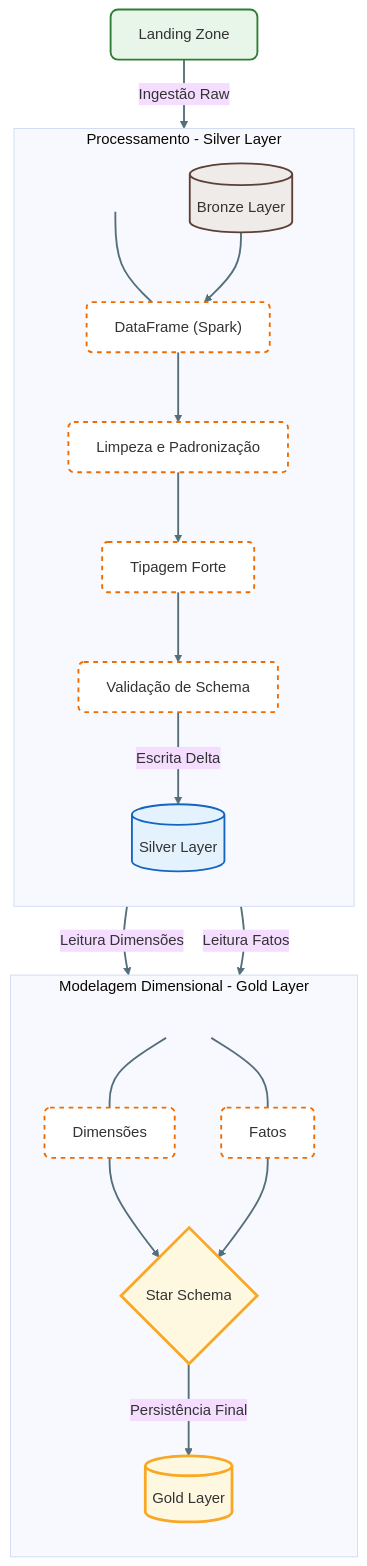
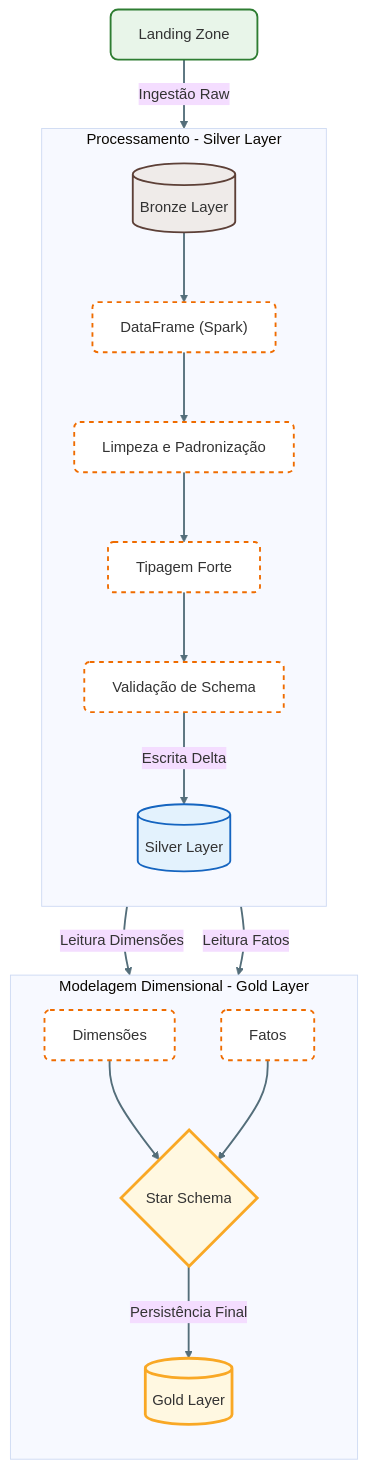
One commit to devdiasbr/databricks-challenge changed the second of 2 diagrams in docs/manual/04_arquitetura_detalhada.md. Above: the diagram before and after it, drawn with Mermaid (base theme).

Commit message:
docs: ajustes manuais finais no diagrama de arquitetura

````diff
--- a/docs/manual/04_arquitetura_detalhada.md
+++ b/docs/manual/04_arquitetura_detalhada.md
@@ -116,49 +116,47 @@
 ```mermaid
 flowchart TD
     %% =========================
     %% DEFINIÇÃO DE ESTILOS
     %% =========================
     classDef landing fill:#e8f5e9,stroke:#2e7d32,stroke-width:2px,rx:8,ry:8;
     classDef bronze fill:#efebe9,stroke:#5d4037,stroke-width:2px,rx:6,ry:6;
     classDef silver fill:#e3f2fd,stroke:#1565c0,stroke-width:2px,rx:6,ry:6;
     classDef gold fill:#fff8e1,stroke:#f9a825,stroke-width:3px,rx:10,ry:10;
     classDef process fill:#ffffff,stroke:#ef6c00,stroke-width:2px,stroke-dasharray: 5 5,rx:6,ry:6;
-    classDef hidden fill:none,stroke:none,color:#FFFFFF00;
 
     %% =========================
     %% LANDING / BRONZE
     %% =========================
     LZ[Landing Zone]:::landing -->|Ingestão Raw| BR[(Bronze Layer)]:::bronze
 
     %% =========================
     %% SILVER
     %% =========================
     subgraph SILVER [Processamento - Silver Layer]
+
         direction TB
-        SP1[ ]:::hidden ~~~ DF
         BR --> DF["DataFrame (Spark)"]:::process
         DF --> CLEAN[Limpeza e Padronização]:::process
         CLEAN --> TYPE[Tipagem Forte]:::process
         TYPE --> VALID[Validação de Schema]:::process
         VALID -->|Escrita Delta| SL[(Silver Layer)]:::silver
     end
 
     %% =========================
     %% GOLD
     %% =========================
     subgraph GOLD [Modelagem Dimensional - Gold Layer]
+    
         direction TB
-        SP2[ ]:::hidden ~~~ DIMS
-        SP2 ~~~ FACT
         SL -->|Leitura Dimensões| DIMS[Dimensões]:::process
         SL -->|Leitura Fatos| FACT[Fatos]:::process
         DIMS --> STAR{Star Schema}:::gold
         FACT --> STAR
         STAR -->|Persistência Final| GL[(Gold Layer)]:::gold
     end
 
     %% =========================
     %% ESTILO DAS CONEXÕES
     %% =========================
     linkStyle default stroke:#546e7a,stroke-width:2px;
 ```
````
